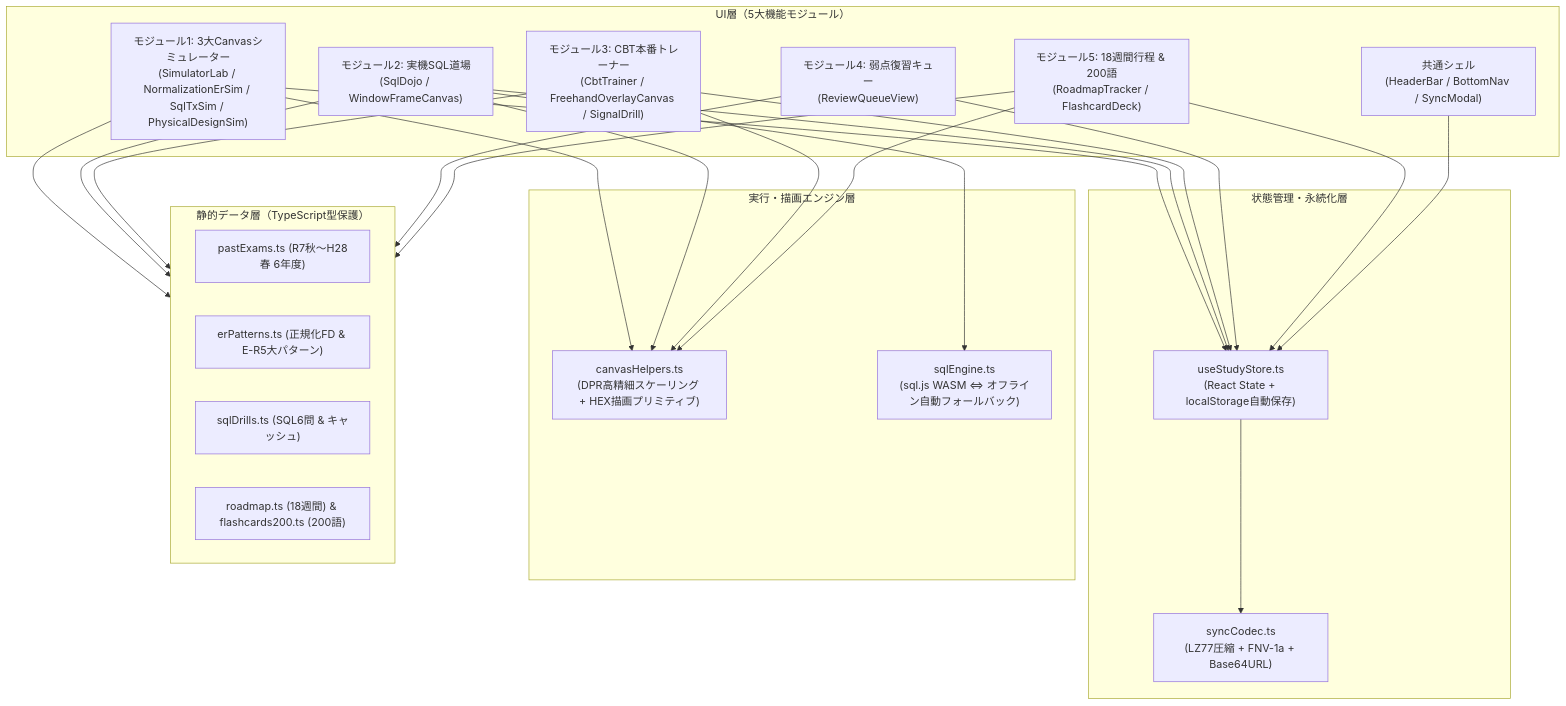
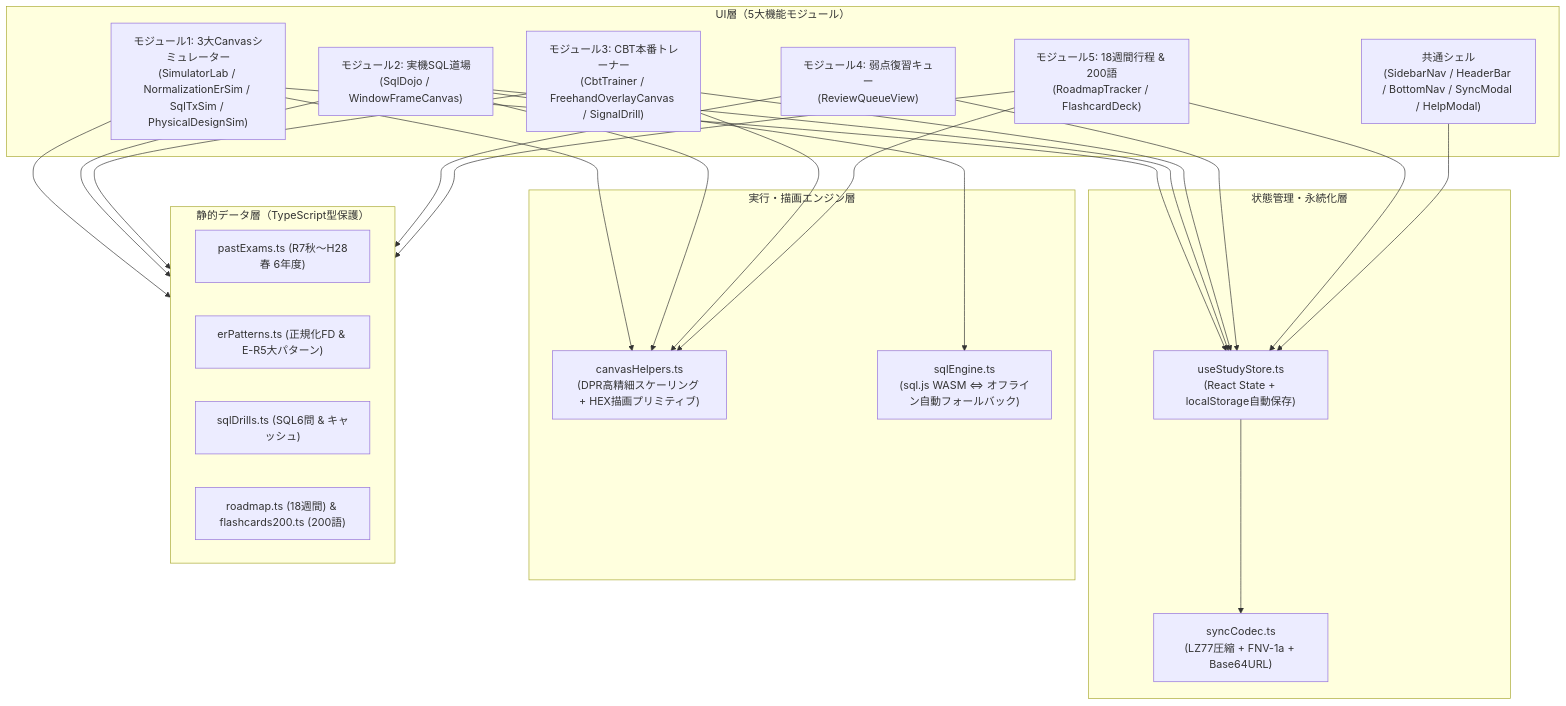
Before and after one commit to kotaro-yoshimura/db-exam-bootcamp: the first of 3 diagrams in docs/ARCHITECTURE_AND_MANUAL.md, drawn with Mermaid. The commit also changed other lines of this file and 10 other files, not shown here.

````diff
--- a/docs/ARCHITECTURE_AND_MANUAL.md
+++ b/docs/ARCHITECTURE_AND_MANUAL.md
@@ -26,38 +26,38 @@
 ```mermaid
 flowchart TD
     subgraph UI["UI層（5大機能モジュール）"]
         M1["モジュール1: 3大Canvasシミュレーター\n(SimulatorLab / NormalizationErSim / SqlTxSim / PhysicalDesignSim)"]
         M2["モジュール2: 実機SQL道場\n(SqlDojo / WindowFrameCanvas)"]
         M3["モジュール3: CBT本番トレーナー\n(CbtTrainer / FreehandOverlayCanvas / SignalDrill)"]
         M4["モジュール4: 弱点復習キュー\n(ReviewQueueView)"]
         M5["モジュール5: 18週間行程 & 200語\n(RoadmapTracker / FlashcardDeck)"]
-        COMMON["共通シェル\n(HeaderBar / BottomNav / SyncModal)"]
+        COMMON["共通シェル\n(SidebarNav / HeaderBar / BottomNav / SyncModal / HelpModal)"]
     end
 
     subgraph STATE["状態管理・永続化層"]
         STORE["useStudyStore.ts\n(React State + localStorage自動保存)"]
         CODEC["syncCodec.ts\n(LZ77圧縮 + FNV-1a + Base64URL)"]
     end
 
     subgraph ENGINE["実行・描画エンジン層"]
         CANVAS["canvasHelpers.ts\n(DPR高精細スケーリング + HEX描画プリミティブ)"]
         SQL["sqlEngine.ts\n(sql.js WASM ⇔ オフライン自動フォールバック)"]
     end
 
     subgraph DATA["静的データ層（TypeScript型保護）"]
         D1["pastExams.ts (R7秋〜H28春 6年度)"]
         D2["erPatterns.ts (正規化FD & E-R5大パターン)"]
         D3["sqlDrills.ts (SQL6問 & キャッシュ)"]
         D4["roadmap.ts (18週間) & flashcards200.ts (200語)"]
     end
 
     M1 --> CANVAS
     M2 --> CANVAS
     M2 --> SQL
     M3 --> CANVAS
     M5 --> CANVAS
 
     M1 & M2 & M3 & M4 & M5 & COMMON --> STORE
     STORE --> CODEC
     M1 & M2 & M3 & M4 & M5 --> DATA
 ```
````
